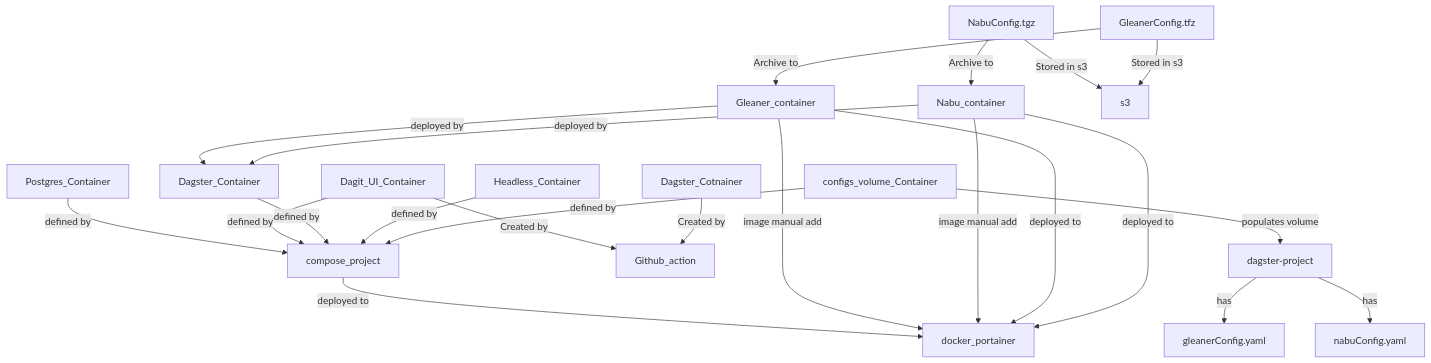
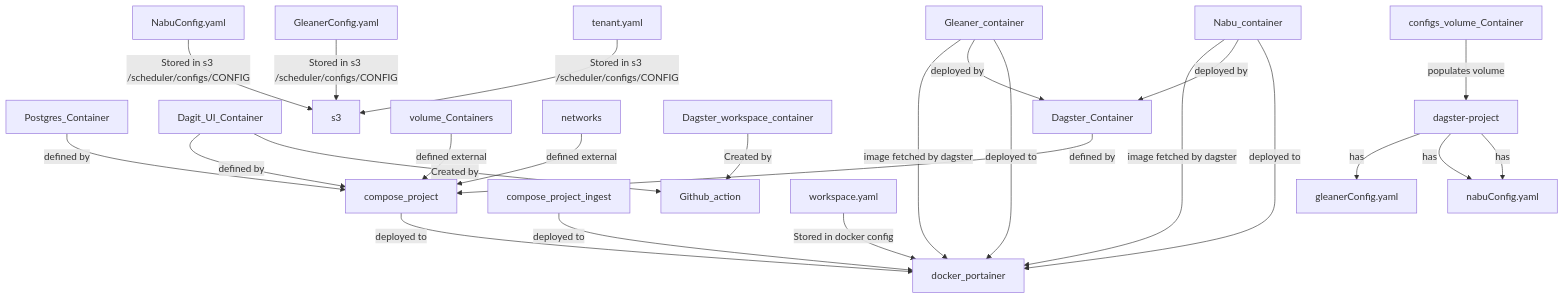
Before and after one commit to earthcube/scheduler: the diagram in docs/eco_deploy.md, drawn with Mermaid.

````diff
--- a/docs/eco_deploy.md
+++ b/docs/eco_deploy.md
@@ -7,31 +7,33 @@
 ```mermaid
 flowchart TB
 Postgres_Container-- defined by --> compose_project
 Dagit_UI_Container-- defined by --> compose_project
 Dagster_Container  -- defined by --> compose_project
-Headless_Container -- defined by --> compose_project
-configs_volume_Container -- defined by --> compose_project
+volume_Containers -- defined external --> compose_project
+networks -- defined external --> compose_project 
 compose_project -- deployed to --> docker_portainer
+compose_project_ingest -- deployed to --> docker_portainer
 
-Gleaner_container -- image manual add --> docker_portainer
-Nabu_container -- image manual add --> docker_portainer
+Gleaner_container -- image  fetched by dagster --> docker_portainer
+Nabu_container -- image  fetched by dagster --> docker_portainer
 
 Gleaner_container -- deployed by --> Dagster_Container
 Nabu_container -- deployed by --> Dagster_Container
 
 Gleaner_container--  deployed to --> docker_portainer
 Nabu_container--  deployed to --> docker_portainer
 
 Dagit_UI_Container -- Created by --> Github_action
-Dagster_Cotnainer -- Created by --> Github_action
+Dagster_workspace_container -- Created by --> Github_action
 
-NabuConfig.tgz -- Archive to --> Nabu_container
-GleanerConfig.tfz -- Archive to --> Gleaner_container
+workspace.yaml -- Stored in docker config  --> docker_portainer
 
-NabuConfig.tgz -- Stored in s3 --> s3
-GleanerConfig.tfz -- Stored in s3 --> s3
+NabuConfig.yaml -- Stored in s3 /scheduler/configs/CONFIG --> s3
+GleanerConfig.yaml -- Stored in s3 /scheduler/configs/CONFIG --> s3
+tenant.yaml -- Stored in s3 /scheduler/configs/CONFIG --> s3
 
 configs_volume_Container -- populates volume --> dagster-project
 dagster-project -- has --> gleanerConfig.yaml
 dagster-project -- has --> nabuConfig.yaml
+dagster-project -- has --> nabuConfig.yaml
 ```
````
